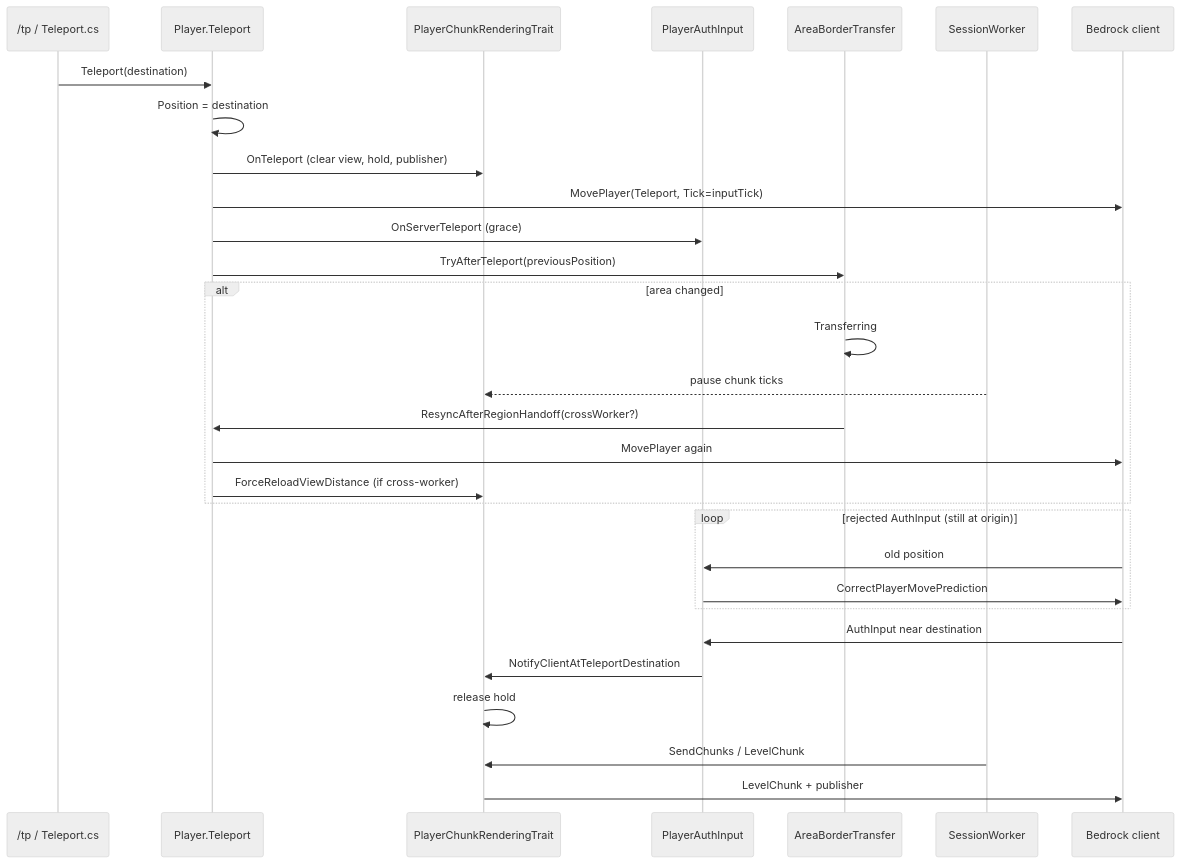
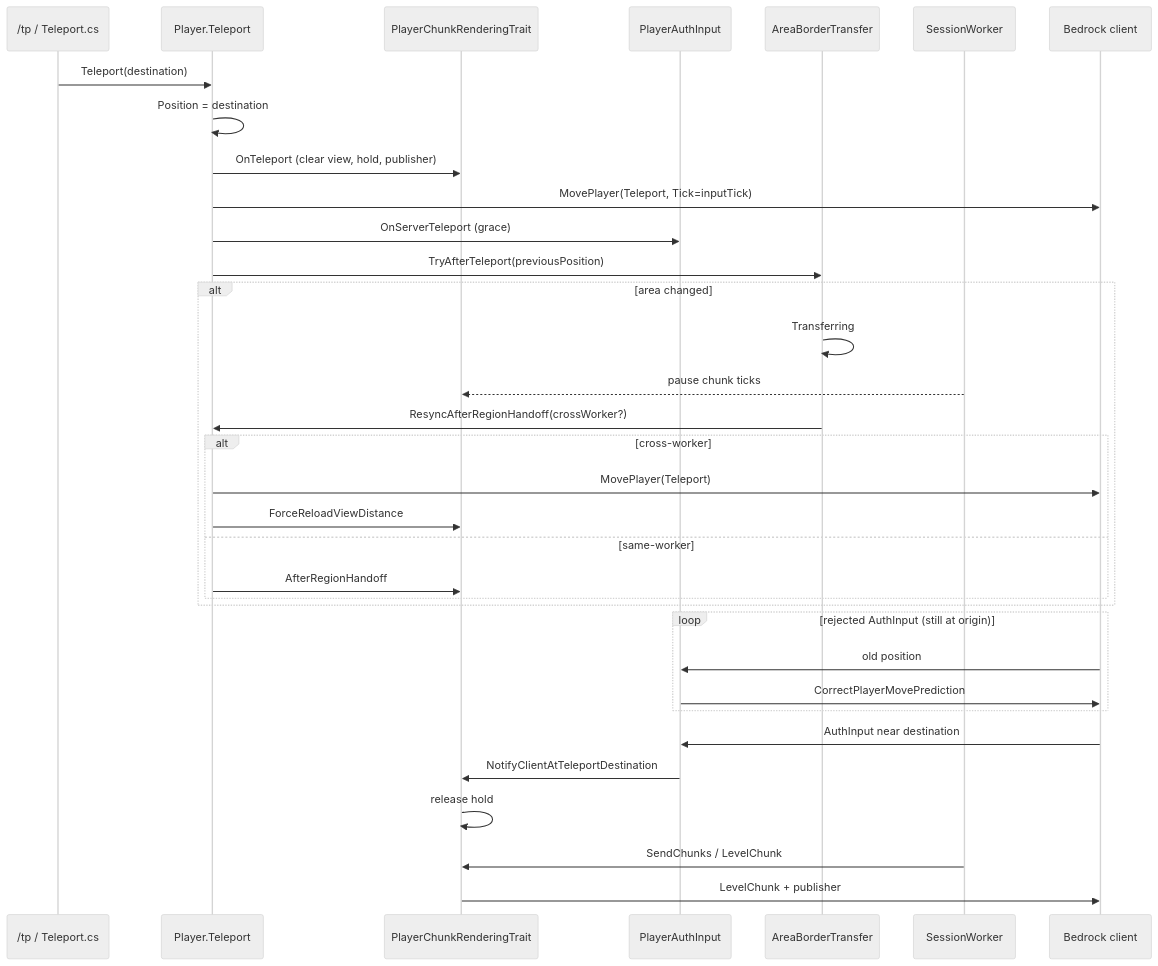
The diagram in docs/en_us/teleport.md (yPerfectBR/OrionServerBE), drawn with Mermaid (neutral theme) before and after one commit. The commit also changed other lines of this file and 1 other file, not shown here.

First line of the commit message:
docs(teleport): document soft handoff and spectator visibility flags

````diff
--- a/docs/en_us/teleport.md
+++ b/docs/en_us/teleport.md
@@ -17,33 +17,37 @@
 ```mermaid
 sequenceDiagram
     participant Cmd as /tp / Teleport.cs
     participant P as Player.Teleport
     participant Trait as PlayerChunkRenderingTrait
     participant Auth as PlayerAuthInput
     participant Area as AreaBorderTransfer
     participant Sess as SessionWorker
     participant C as Bedrock client
 
     Cmd->>P: Teleport(destination)
     P->>P: Position = destination
     P->>Trait: OnTeleport (clear view, hold, publisher)
     P->>C: MovePlayer(Teleport, Tick=inputTick)
     P->>Auth: OnServerTeleport (grace)
     P->>Area: TryAfterTeleport(previousPosition)
     alt area changed
         Area->>Area: Transferring
         Sess-->>Trait: pause chunk ticks
         Area->>P: ResyncAfterRegionHandoff(crossWorker?)
-        P->>C: MovePlayer again
-        P->>Trait: ForceReloadViewDistance (if cross-worker)
+        alt cross-worker
+            P->>C: MovePlayer(Teleport)
+            P->>Trait: ForceReloadViewDistance
+        else same-worker
+            P->>Trait: AfterRegionHandoff
+        end
     end
     loop rejected AuthInput (still at origin)
         C->>Auth: old position
         Auth->>C: CorrectPlayerMovePrediction
     end
     C->>Auth: AuthInput near destination
     Auth->>Trait: NotifyClientAtTeleportDestination
     Trait->>Trait: release hold
     Sess->>Trait: SendChunks / LevelChunk
     Trait->>C: LevelChunk + publisher
 ```
````
